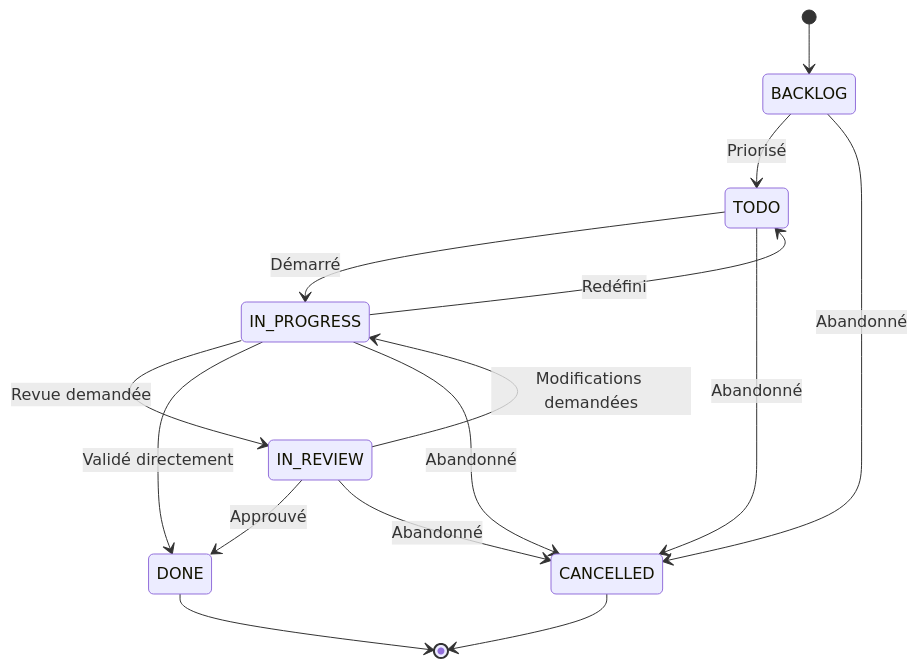
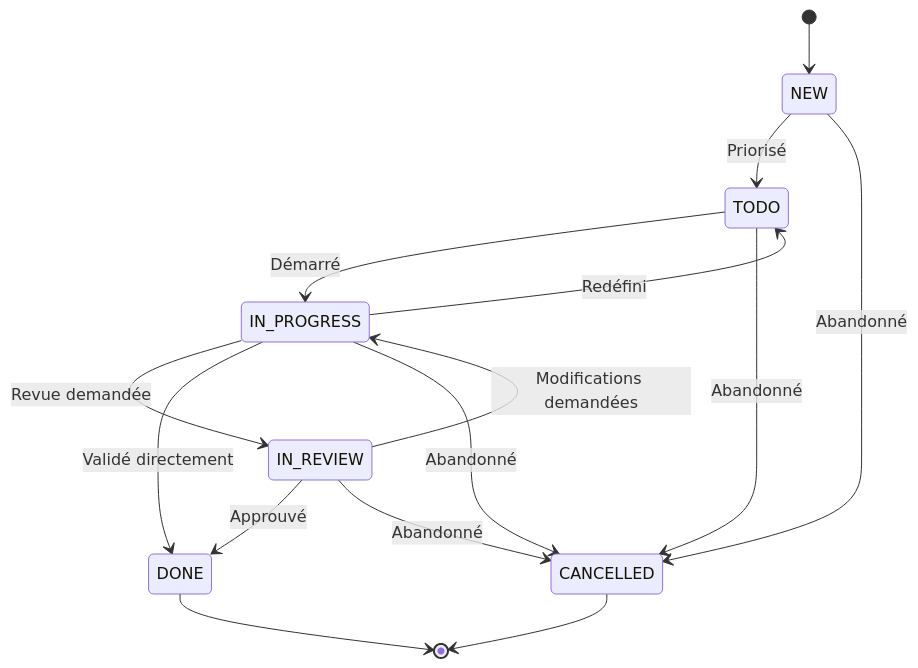
One commit to 24231-Brahim/gestion_taches changed the eighth of 19 diagrams in docs/fiche-classes.md. Above: the diagram before and after it, drawn with Mermaid. The commit also changed other lines of this file and 42 other files, not shown here.

````diff
--- a/docs/fiche-classes.md
+++ b/docs/fiche-classes.md
@@ -370,17 +359,17 @@
 ```mermaid
 stateDiagram-v2
-    [*] --> BACKLOG
-    BACKLOG --> TODO: Priorisé
+    [*] --> NEW
+    NEW --> TODO: Priorisé
     TODO --> IN_PROGRESS: Démarré
     IN_PROGRESS --> IN_REVIEW: Revue demandée
     IN_PROGRESS --> TODO: Redéfini
     IN_REVIEW --> IN_PROGRESS: Modifications demandées
     IN_REVIEW --> DONE: Approuvé
     IN_PROGRESS --> DONE: Validé directement
     TODO --> CANCELLED: Abandonné
     IN_PROGRESS --> CANCELLED: Abandonné
     IN_REVIEW --> CANCELLED: Abandonné
-    BACKLOG --> CANCELLED: Abandonné
+    NEW --> CANCELLED: Abandonné
     DONE --> [*]
     CANCELLED --> [*]
 ```
````
